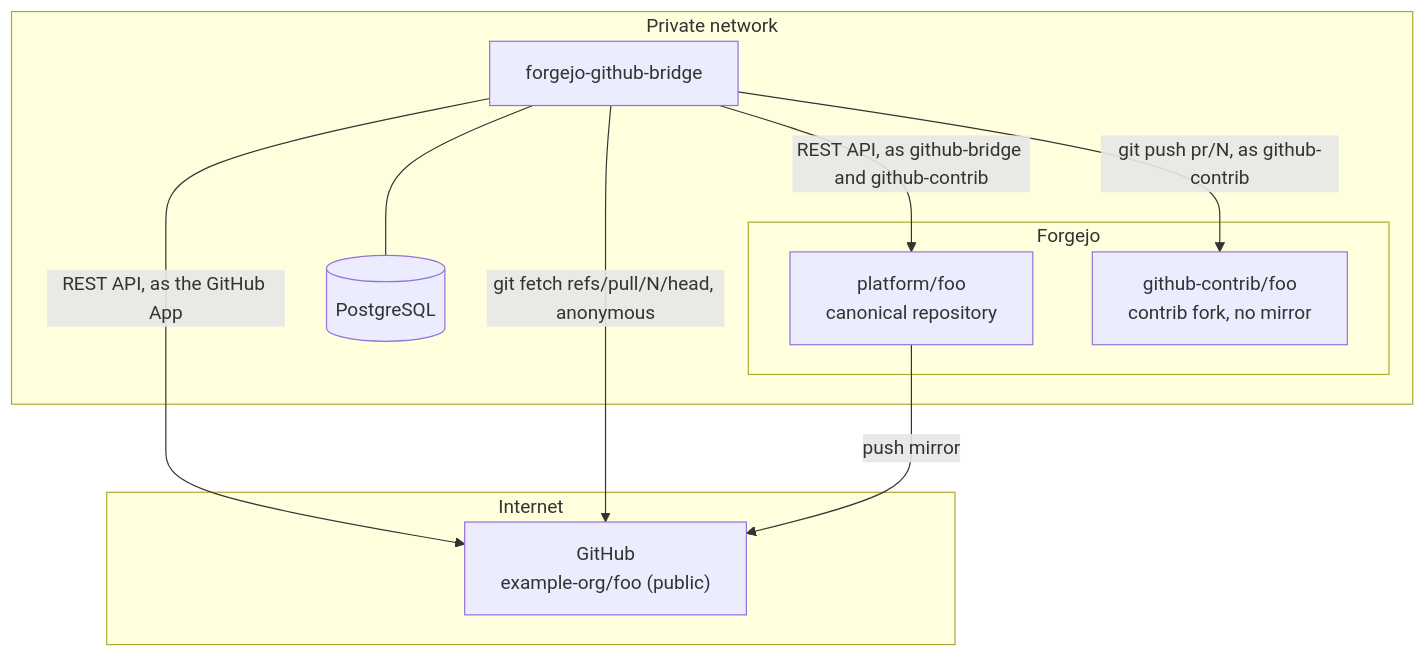
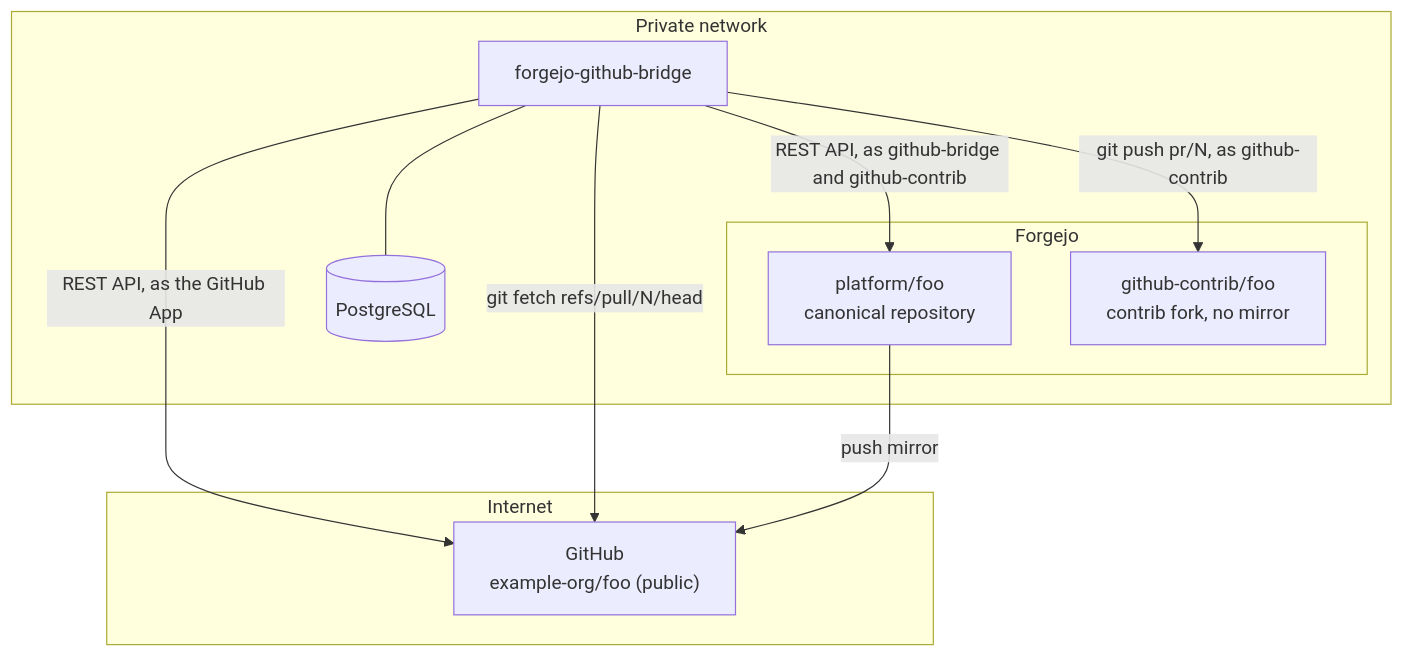
One commit to metapatrol/forgejo-github-bridge changed the first of 4 diagrams in docs/architecture.md. Above: the diagram before and after it, drawn with Mermaid. The commit also changed other lines of this file and 9 other files, not shown here.

First line of the commit message:
feat: import pull requests from private GitHub repositories

````diff
--- a/docs/architecture.md
+++ b/docs/architecture.md
@@ -21,20 +21,20 @@
 ```mermaid
 flowchart TB
   subgraph internet["Internet"]
     gh["GitHub<br/>example-org/foo (public)"]
   end
   subgraph private["Private network"]
     bridge["forgejo-github-bridge"]
     db[("PostgreSQL")]
     subgraph forgejo["Forgejo"]
       canon["platform/foo<br/>canonical repository"]
       contrib["github-contrib/foo<br/>contrib fork, no mirror"]
     end
   end
   bridge -- "REST API, as the GitHub App" --> gh
-  bridge -- "git fetch refs/pull/N/head, anonymous" --> gh
+  bridge -- "git fetch refs/pull/N/head" --> gh
   bridge -- "REST API, as github-bridge and github-contrib" --> canon
   bridge -- "git push pr/N, as github-contrib" --> contrib
   bridge --- db
   canon -- "push mirror" --> gh
 ```
````
